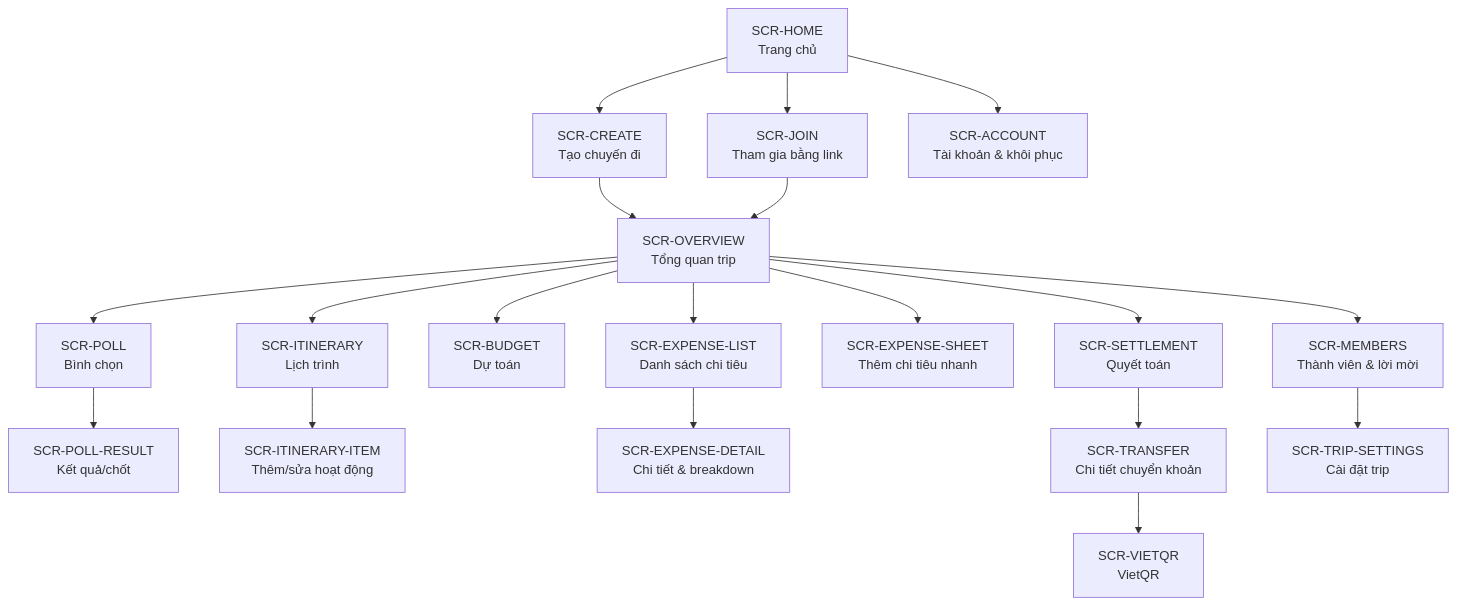
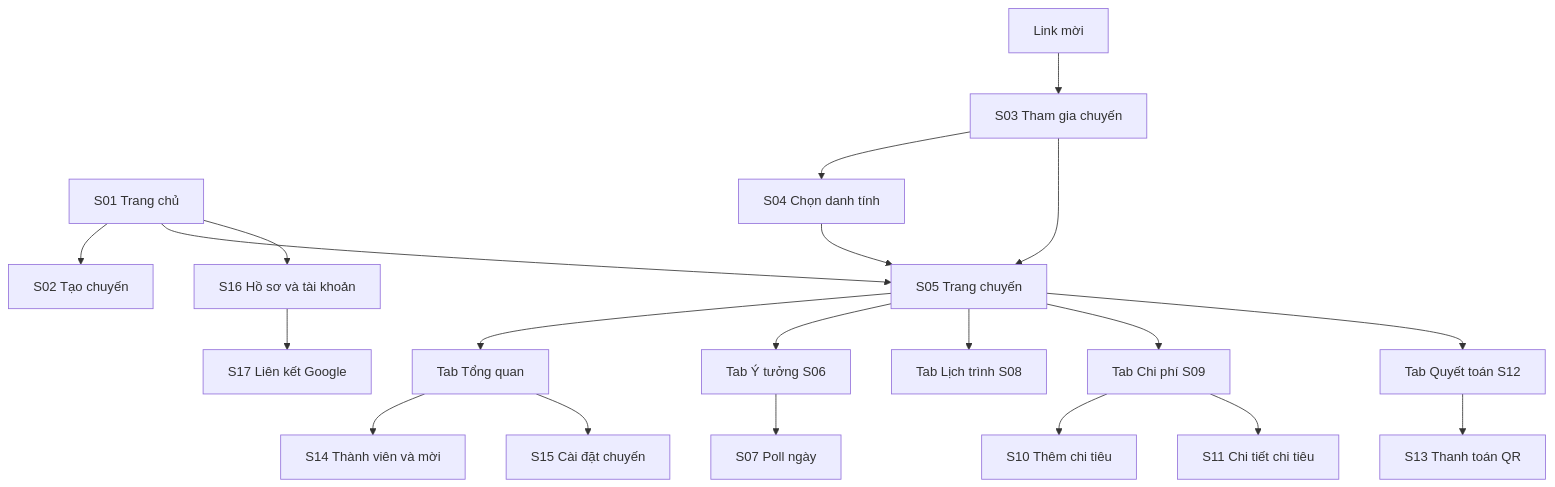
One commit to duynguyen1604/Splitrip changed the first of 2 diagrams in docs/05-ux-and-screens.md. Above: the diagram before and after it, drawn with Mermaid. The commit also changed other lines of this file and 11 other files, not shown here.

````diff
--- a/docs/05-ux-and-screens.md
+++ b/docs/05-ux-and-screens.md
@@ -27,21 +30,22 @@
 ```mermaid
 flowchart TD
-    H[SCR-HOME<br/>Trang chủ] --> C[SCR-CREATE<br/>Tạo chuyến đi]
-    H --> J[SCR-JOIN<br/>Tham gia bằng link]
-    H --> A[SCR-ACCOUNT<br/>Tài khoản & khôi phục]
-    C --> O[SCR-OVERVIEW<br/>Tổng quan trip]
-    J --> O
-    O --> P[SCR-POLL<br/>Bình chọn]
-    P --> PR[SCR-POLL-RESULT<br/>Kết quả/chốt]
-    O --> I[SCR-ITINERARY<br/>Lịch trình]
-    I --> II[SCR-ITINERARY-ITEM<br/>Thêm/sửa hoạt động]
-    O --> B[SCR-BUDGET<br/>Dự toán]
-    O --> EL[SCR-EXPENSE-LIST<br/>Danh sách chi tiêu]
-    O --> ES[SCR-EXPENSE-SHEET<br/>Thêm chi tiêu nhanh]
-    EL --> ED[SCR-EXPENSE-DETAIL<br/>Chi tiết & breakdown]
-    O --> S[SCR-SETTLEMENT<br/>Quyết toán]
-    S --> T[SCR-TRANSFER<br/>Chi tiết chuyển khoản]
-    T --> Q[SCR-VIETQR<br/>VietQR]
-    O --> M[SCR-MEMBERS<br/>Thành viên & lời mời]
-    M --> TS[SCR-TRIP-SETTINGS<br/>Cài đặt trip]
+    Home[S01 Trang chủ] --> Create[S02 Tạo chuyến]
+    Home --> Trip[S05 Trang chuyến]
+    Link[Link mời] --> Join[S03 Tham gia chuyến]
+    Join --> Claim[S04 Chọn danh tính]
+    Join --> Trip
+    Claim --> Trip
+    Trip --> Overview[Tab Tổng quan]
+    Trip --> Ideas[Tab Ý tưởng S06]
+    Trip --> Itin[Tab Lịch trình S08]
+    Trip --> Cost[Tab Chi phí S09]
+    Trip --> Settle[Tab Quyết toán S12]
+    Ideas --> Poll[S07 Poll ngày]
+    Cost --> Add[S10 Thêm chi tiêu]
+    Cost --> Detail[S11 Chi tiết chi tiêu]
+    Settle --> Pay[S13 Thanh toán QR]
+    Overview --> Members[S14 Thành viên và mời]
+    Overview --> Settings[S15 Cài đặt chuyến]
+    Home --> Profile[S16 Hồ sơ và tài khoản]
+    Profile --> Upgrade[S17 Liên kết Google]
 ```
````
